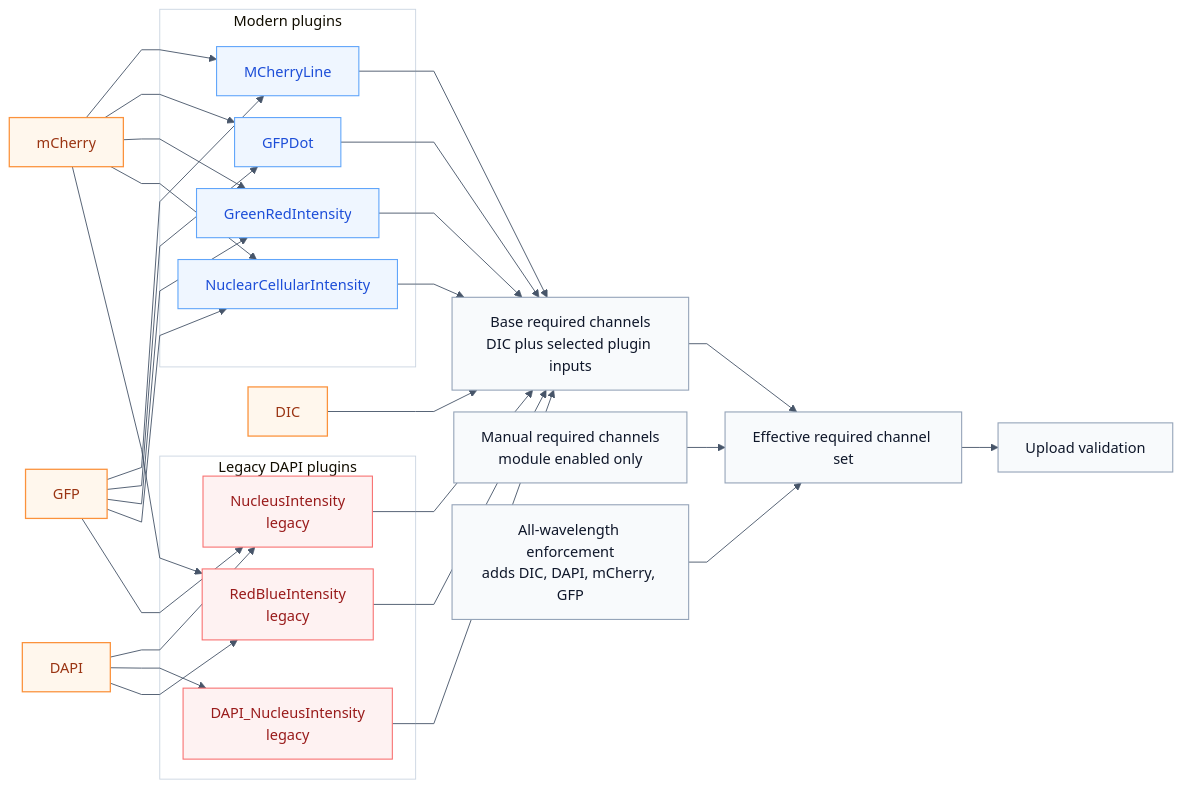
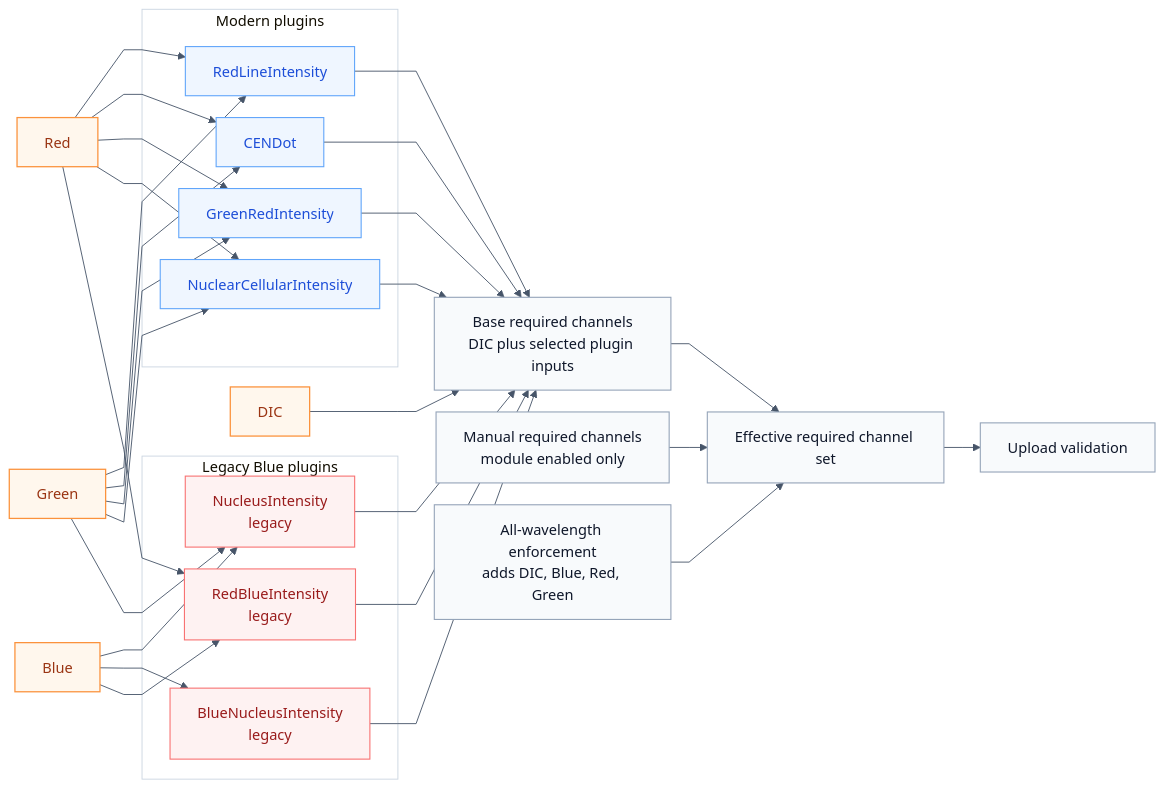
Before and after one commit to BrentLagesse/CytoCV: the diagram in docs/diagrams/05-plugin-channel-map.mmd, drawn with Mermaid. The commit also changed other lines of this file and 102 other files, not shown here.

```diff
--- a/docs/diagrams/05-plugin-channel-map.mmd
+++ b/docs/diagrams/05-plugin-channel-map.mmd
@@ -1,62 +1,62 @@
 %%{init: {"theme":"base","themeVariables":{"background":"#ffffff","primaryColor":"#f8fafc","primaryBorderColor":"#94a3b8","primaryTextColor":"#0f172a","secondaryColor":"#eff6ff","tertiaryColor":"#eef2ff","lineColor":"#475569","fontFamily":"Helvetica","fontSize":"16px","clusterBorder":"#cbd5e1","clusterBkg":"#ffffff"},"flowchart":{"htmlLabels":true,"curve":"linear","nodeSpacing":24,"rankSpacing":40}}}%%
 flowchart LR
     classDef channel fill:#fff7ed,stroke:#fb923c,color:#9a3412,stroke-width:1.4px;
     classDef plugin fill:#eff6ff,stroke:#60a5fa,color:#1d4ed8,stroke-width:1.2px;
     classDef legacy fill:#fef2f2,stroke:#f87171,color:#991b1b,stroke-width:1.2px;
     classDef process fill:#f8fafc,stroke:#94a3b8,color:#0f172a,stroke-width:1.2px;
     classDef output fill:#eef2ff,stroke:#818cf8,color:#3730a3,stroke-width:1.2px;
 
     dic[DIC]
-    dapi[DAPI]
-    mcherry[mCherry]
-    gfp[GFP]
+    blue[Blue]
+    red[Red]
+    green[Green]
 
     base[Base required channels<br/>DIC plus selected plugin inputs]
     manual[Manual required channels<br/>module enabled only]
-    fullset[All-wavelength enforcement<br/>adds DIC, DAPI, mCherry, GFP]
+    fullset[All-wavelength enforcement<br/>adds DIC, Blue, Red, Green]
     effective[Effective required channel set]
     validate[Upload validation]
 
     subgraph modern[Modern plugins]
-        p1[MCherryLine]
-        p2[GFPDot]
+        p1[RedLineIntensity]
+        p2[CENDot]
         p3[GreenRedIntensity]
         p4[NuclearCellularIntensity]
     end
 
-    subgraph legacygroup[Legacy DAPI plugins]
+    subgraph legacygroup[Legacy Blue plugins]
         p5[NucleusIntensity<br/>legacy]
-        p6[DAPI_NucleusIntensity<br/>legacy]
+        p6[BlueNucleusIntensity<br/>legacy]
         p7[RedBlueIntensity<br/>legacy]
     end
 
     dic --> base
-    mcherry --> p1
-    gfp --> p1
-    mcherry --> p2
-    gfp --> p2
-    mcherry --> p3
-    gfp --> p3
-    mcherry --> p4
-    gfp --> p4
-    dapi --> p5
-    gfp --> p5
-    dapi --> p6
-    mcherry --> p7
-    dapi --> p7
+    red --> p1
+    green --> p1
+    red --> p2
+    green --> p2
+    red --> p3
+    green --> p3
+    red --> p4
+    green --> p4
+    blue --> p5
+    green --> p5
+    blue --> p6
+    red --> p7
+    blue --> p7
     p1 --> base
     p2 --> base
     p3 --> base
     p4 --> base
     p5 --> base
     p6 --> base
     p7 --> base
     base --> effective
     manual --> effective
     fullset --> effective
     effective --> validate
 
-    class dic,dapi,mcherry,gfp channel
+    class dic,blue,red,green channel
     class base,manual,fullset,effective,validate process
     class p1,p2,p3,p4 plugin
     class p5,p6,p7 legacy
```
